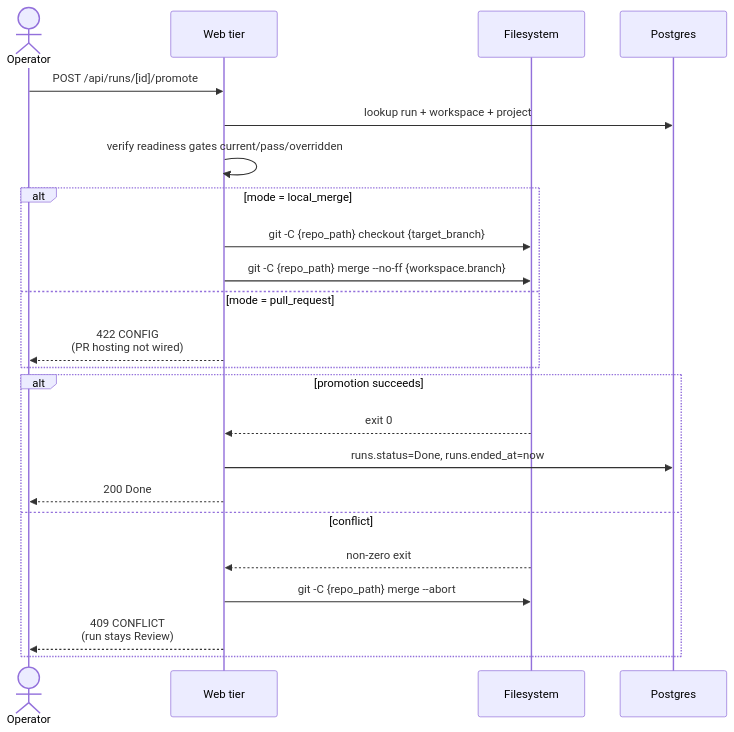
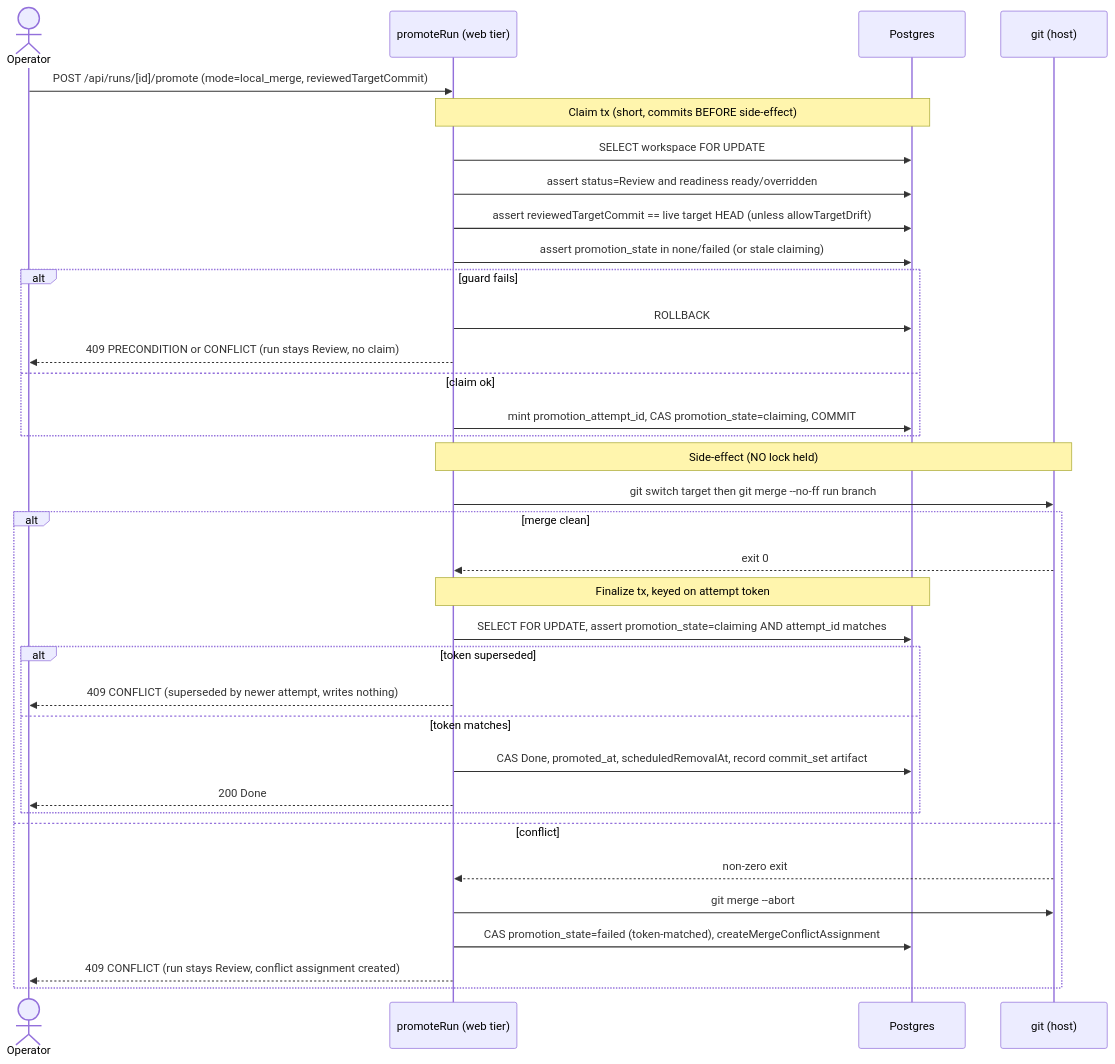
Before and after one commit to maister-dev/maister: the fourth of 11 diagrams in docs/system-analytics/workspaces.md, drawn with Mermaid. The commit also changed other lines of this file and 16 other files, not shown here.

First line of the commit message:
docs(m18): spec-freeze branch targeting + promotion (ADR-048/049, openapi, ERD, analytics)

````diff
--- a/docs/system-analytics/workspaces.md
+++ b/docs/system-analytics/workspaces.md
@@ -101,26 +141,38 @@
 ```mermaid
 sequenceDiagram
     actor U as Operator
-    participant W as Web tier
-    participant FS as Filesystem
+    participant W as promoteRun (web tier)
     participant DB as Postgres
+    participant FS as git (host)
 
-    U->>W: POST /api/runs/[id]/promote
-    W->>DB: lookup run + workspace + project
-    W->>W: verify readiness gates current/pass/overridden
-    alt mode = local_merge
-        W->>FS: git -C {repo_path} checkout {target_branch}
-        W->>FS: git -C {repo_path} merge --no-ff {workspace.branch}
-    else mode = pull_request
-        W-->>U: 422 CONFIG<br/>(PR hosting not wired)
+    U->>W: POST /api/runs/[id]/promote (mode=local_merge, reviewedTargetCommit)
+    Note over W,DB: Claim tx (short, commits BEFORE side-effect)
+    W->>DB: SELECT workspace FOR UPDATE
+    W->>DB: assert status=Review and readiness ready/overridden
+    W->>DB: assert reviewedTargetCommit == live target HEAD (unless allowTargetDrift)
+    W->>DB: assert promotion_state in none/failed (or stale claiming)
+    alt guard fails
+        W->>DB: ROLLBACK
+        W-->>U: 409 PRECONDITION or CONFLICT (run stays Review, no claim)
+    else claim ok
+        W->>DB: mint promotion_attempt_id, CAS promotion_state=claiming, COMMIT
     end
-    alt promotion succeeds
+    Note over W,FS: Side-effect (NO lock held)
+    W->>FS: git switch target then git merge --no-ff run branch
+    alt merge clean
         FS-->>W: exit 0
-        W->>DB: runs.status=Done, runs.ended_at=now
-        W-->>U: 200 Done
+        Note over W,DB: Finalize tx, keyed on attempt token
+        W->>DB: SELECT FOR UPDATE, assert promotion_state=claiming AND attempt_id matches
+        alt token superseded
+            W-->>U: 409 CONFLICT (superseded by newer attempt, writes nothing)
+        else token matches
+            W->>DB: CAS Done, promoted_at, scheduledRemovalAt, record commit_set artifact
+            W-->>U: 200 Done
+        end
     else conflict
         FS-->>W: non-zero exit
-        W->>FS: git -C {repo_path} merge --abort
-        W-->>U: 409 CONFLICT<br/>(run stays Review)
+        W->>FS: git merge --abort
+        W->>DB: CAS promotion_state=failed (token-matched), createMergeConflictAssignment
+        W-->>U: 409 CONFLICT (run stays Review, conflict assignment created)
     end
 ```
````
